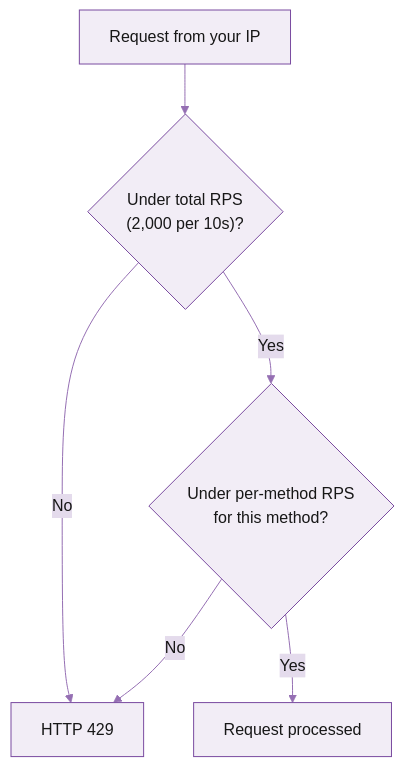
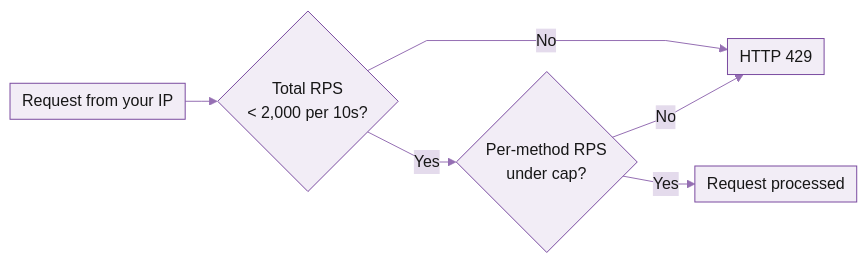
Before and after one commit to kshyndina/docs: the diagram in solana/get-started/rate-and-connection-limits.mdx, drawn with Mermaid. The commit also changed other lines of this file, not shown here.

First line of the commit message:
Rate-limits: tighten flowchart + wrap per-method tables in AccordionGroup

````diff
--- a/solana/get-started/rate-and-connection-limits.mdx
+++ b/solana/get-started/rate-and-connection-limits.mdx
@@ -15,9 +15,9 @@
 ```mermaid
-%%{init: {'theme':'base','themeVariables':{'primaryColor':'#F2EDF6','primaryBorderColor':'#7A4BA0','primaryTextColor':'#171717','lineColor':'#956FB3','secondaryColor':'#E4DBEC','tertiaryColor':'#D7C9E3','noteBkgColor':'#FFC845','noteTextColor':'#171717','actorBkg':'#F2EDF6','actorBorder':'#7A4BA0','actorTextColor':'#171717','signalColor':'#492D60','labelBoxBkgColor':'#7A4BA0','labelTextColor':'#F7F7F7'}}}%%
-flowchart TD
-    Req["Request from your IP"] --> Total{"Under total RPS<br/>(2,000 per 10s)?"}
+%%{init: {'theme':'base','themeVariables':{'primaryColor':'#F2EDF6','primaryBorderColor':'#7A4BA0','primaryTextColor':'#171717','lineColor':'#956FB3','secondaryColor':'#E4DBEC','tertiaryColor':'#D7C9E3','noteBkgColor':'#FFC845','noteTextColor':'#171717','actorBkg':'#F2EDF6','actorBorder':'#7A4BA0','actorTextColor':'#171717','signalColor':'#492D60','labelBoxBkgColor':'#7A4BA0','labelTextColor':'#F7F7F7'},'flowchart':{'nodeSpacing':18,'rankSpacing':32,'padding':6,'curve':'linear'}}}%%
+flowchart LR
+    Req["Request from your IP"] --> Total{"Total RPS<br/>< 2,000 per 10s?"}
     Total -->|No| Block["HTTP 429"]
-    Total -->|Yes| Method{"Under per-method RPS<br/>for this method?"}
+    Total -->|Yes| Method{"Per-method RPS<br/>under cap?"}
     Method -->|No| Block
     Method -->|Yes| OK["Request processed"]
 ```
````
